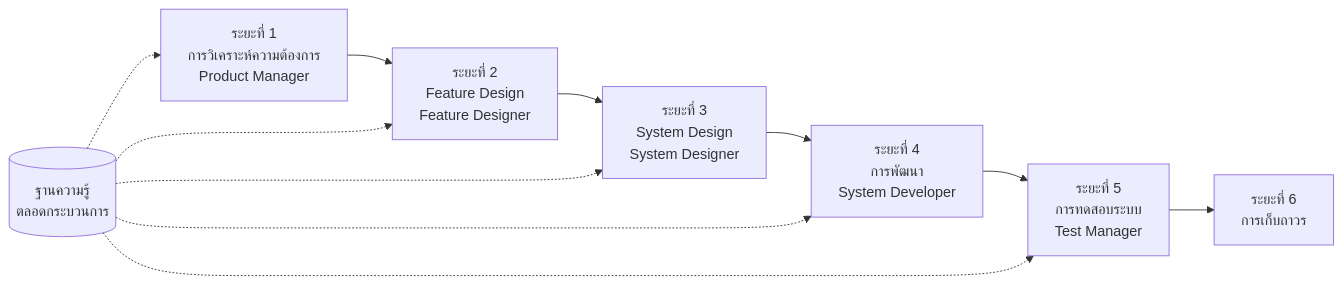
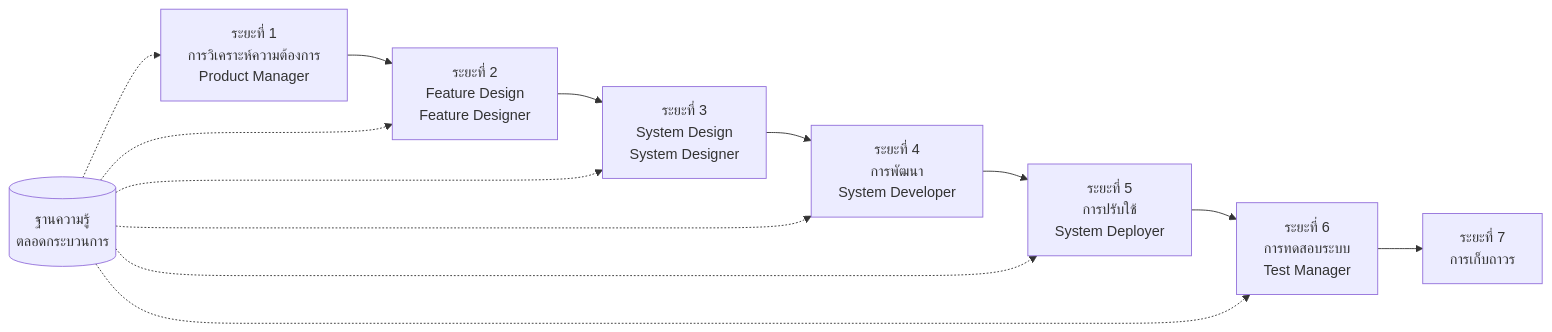
Before and after one commit to charlesmu99/speccrew: the diagram in docs/GETTING-STARTED.th.md, drawn with Mermaid. The commit also changed 35 other files, not shown here.

````diff
--- a/docs/GETTING-STARTED.th.md
+++ b/docs/GETTING-STARTED.th.md
@@ -144,14 +144,16 @@
 ```mermaid
 flowchart LR
     PRD[ระยะที่ 1<br/>การวิเคราะห์ความต้องการ<br/>Product Manager] --> FD[ระยะที่ 2<br/>Feature Design<br/>Feature Designer]
     FD --> SD[ระยะที่ 3<br/>System Design<br/>System Designer]
     SD --> DEV[ระยะที่ 4<br/>การพัฒนา<br/>System Developer]
-    DEV --> TEST[ระยะที่ 5<br/>การทดสอบระบบ<br/>Test Manager]
-    TEST --> ARCHIVE[ระยะที่ 6<br/>การเก็บถาวร]
+    DEV --> DEPLOY[ระยะที่ 5<br/>การปรับใช้<br/>System Deployer]
+    DEPLOY --> TEST[ระยะที่ 6<br/>การทดสอบระบบ<br/>Test Manager]
+    TEST --> ARCHIVE[ระยะที่ 7<br/>การเก็บถาวร]
     
     KB[(ฐานความรู้<br/>ตลอดกระบวนการ)] -.-> PRD
     KB -.-> FD
     KB -.-> SD
     KB -.-> DEV
+    KB -.-> DEPLOY
     KB -.-> TEST
 ```
````
